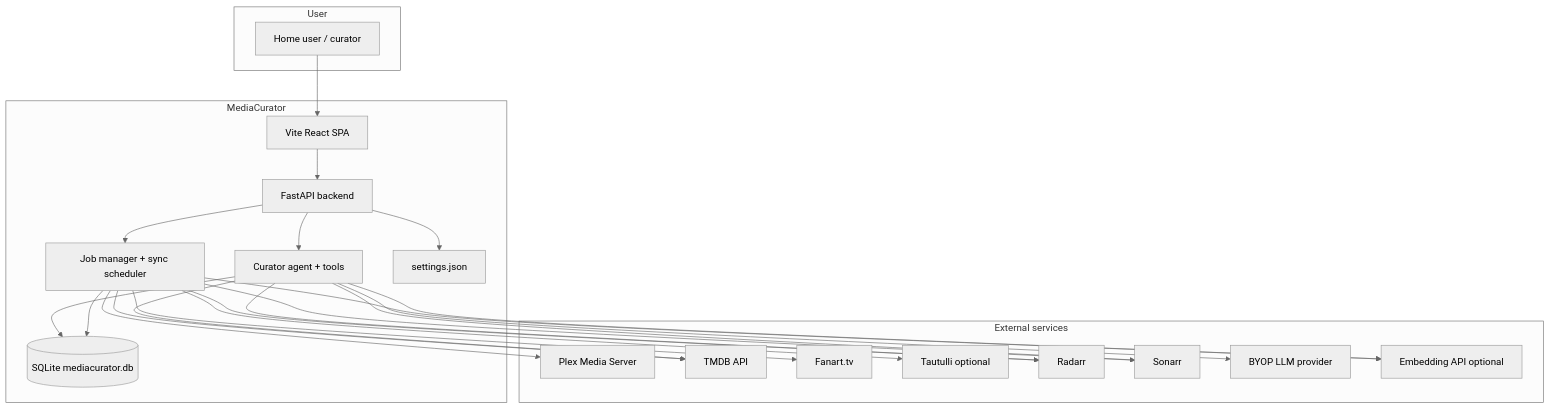
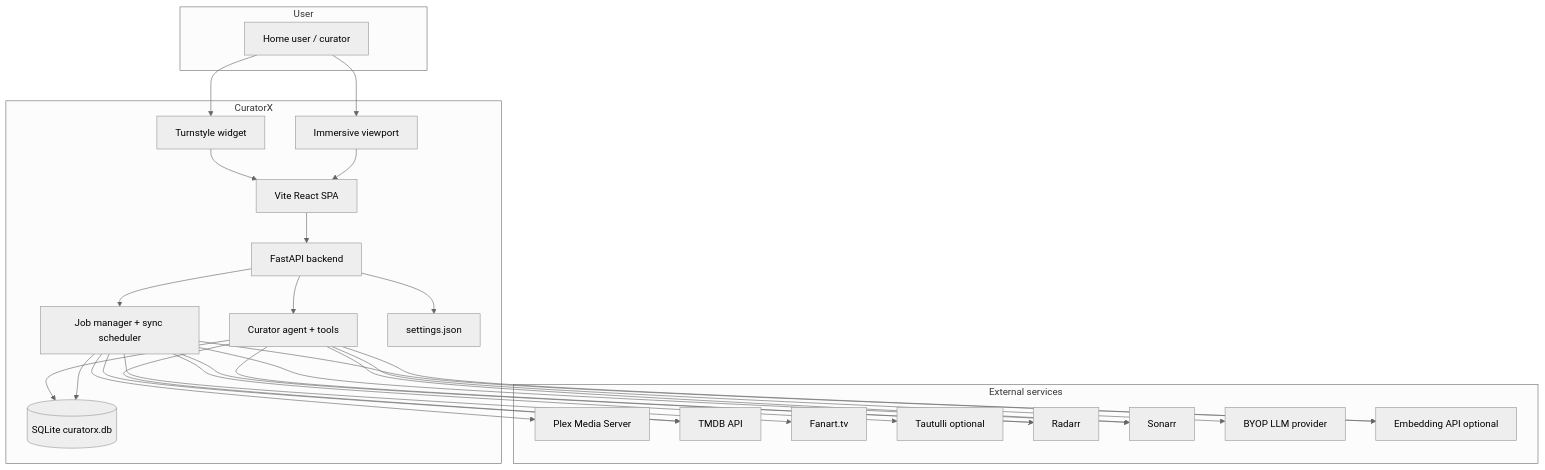
Before and after one commit to romwil/curatorx: the second of 5 diagrams in docs/ARCHITECTURE.md, drawn with Mermaid (neutral theme). The commit also changed other lines of this file and 91 other files, not shown here.

````diff
--- a/docs/ARCHITECTURE.md
+++ b/docs/ARCHITECTURE.md
@@ -24,46 +66,51 @@
 ```mermaid
 flowchart TB
     subgraph userLayer [User]
         User[Home user / curator]
     end
 
-    subgraph mediacurator [MediaCurator]
+    subgraph curatorx [CuratorX]
         UI[Vite React SPA]
+        Turnstyle[Turnstyle widget]
+        Immersive[Immersive viewport]
         API[FastAPI backend]
         Agent[Curator agent + tools]
         Jobs[Job manager + sync scheduler]
-        DB[(SQLite mediacurator.db)]
+        DB[(SQLite curatorx.db)]
         Settings[settings.json]
     end
 
     subgraph external [External services]
         Plex[Plex Media Server]
         TMDB[TMDB API]
         Fanart[Fanart.tv]
         Tautulli[Tautulli optional]
         Radarr[Radarr]
         Sonarr[Sonarr]
         LLM[BYOP LLM provider]
         Embed[Embedding API optional]
     end
 
-    User --> UI
+    User --> Turnstyle
+    User --> Immersive
+    Turnstyle --> UI
+    Immersive --> UI
     UI --> API
     API --> Agent
     API --> Jobs
     Agent --> DB
     Agent --> LLM
     Jobs --> DB
     API --> Settings
     Jobs --> Plex
     Jobs --> TMDB
     Jobs --> Fanart
     Jobs --> Radarr
     Jobs --> Sonarr
     Agent --> TMDB
     Agent --> Radarr
     Agent --> Sonarr
     Jobs --> Embed
     Agent --> Embed
     Jobs --> Tautulli
 ```
````
